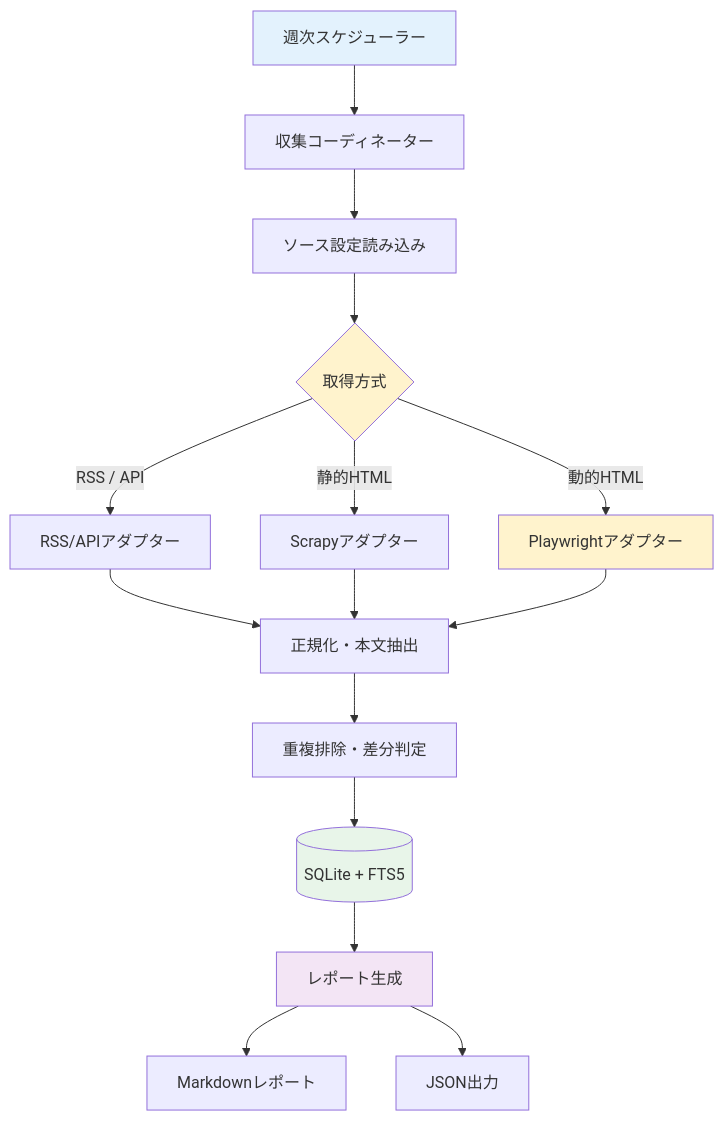
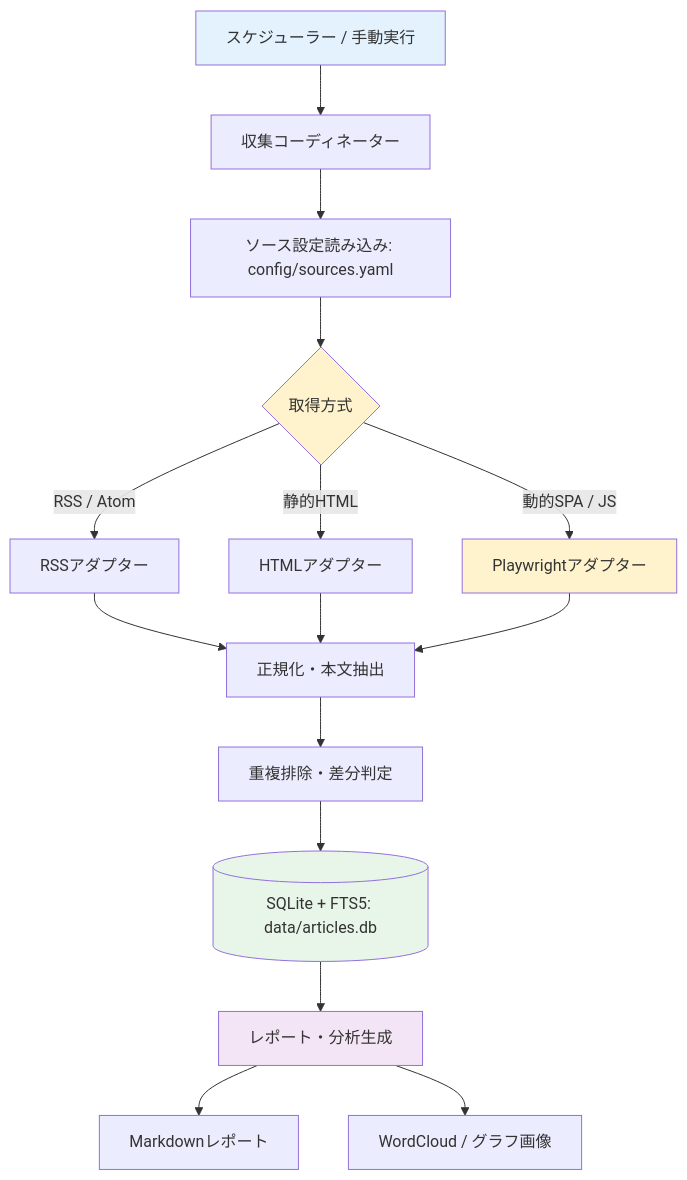
Before and after one commit to norizou/news_crawler: the diagram in README.md, drawn with Mermaid. The commit also changed other lines of this file, not shown here.

````diff
--- a/README.md
+++ b/README.md
@@ -24,23 +24,23 @@
 ```mermaid
 graph TD
-    S[週次スケジューラー] --> C[収集コーディネーター]
-    C --> R[ソース設定読み込み]
+    S[スケジューラー / 手動実行] --> C[収集コーディネーター]
+    C --> R[ソース設定読み込み: config/sources.yaml]
     R --> T{取得方式}
-    T -->|RSS / API| A[RSS/APIアダプター]
-    T -->|静的HTML| B[Scrapyアダプター]
-    T -->|動的HTML| P[Playwrightアダプター]
+    T -->|RSS / Atom| A[RSSアダプター]
+    T -->|静的HTML| B[HTMLアダプター]
+    T -->|動的SPA / JS| P[Playwrightアダプター]
     A --> N[正規化・本文抽出]
     B --> N
     P --> N
     N --> D[重複排除・差分判定]
-    D --> DB[(SQLite + FTS5)]
-    DB --> O[レポート生成]
+    D --> DB[(SQLite + FTS5: data/articles.db)]
+    DB --> O[レポート・分析生成]
     O --> M[Markdownレポート]
-    O --> J[JSON出力]
+    O --> W[WordCloud / グラフ画像]
 
     style S fill:#e3f2fd
     style T fill:#fff3cd
     style P fill:#fff3cd
     style DB fill:#e8f5e9
     style O fill:#f3e5f5
 ```
````
